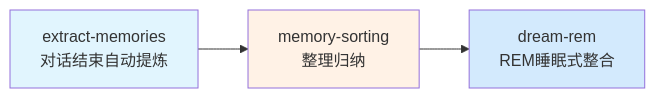
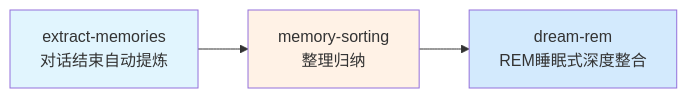
One commit to Jofiction918/openclaw-cc-contrib changed the diagram in README.md. Above: the diagram before and after it, drawn with Mermaid. The commit also changed other lines of this file, not shown here.

````diff
--- a/README.md
+++ b/README.md
@@ -11,7 +13,8 @@
 ```mermaid
 flowchart LR
-    A["extract-memories<br>对话结束自动提炼"] --> B["memory-sorting<br>整理归纳"] --> C["dream-rem<br>REM睡眠式整合"]
+    A["extract-memories<br>对话结束自动提炼"] --> B["memory-sorting<br>整理归纳"]
+    B --> C["dream-rem<br>REM睡眠式深度整合"]
     style A fill:#e1f5fe
     style B fill:#fff2e6
     style C fill:#d3eafd
 ```
````
